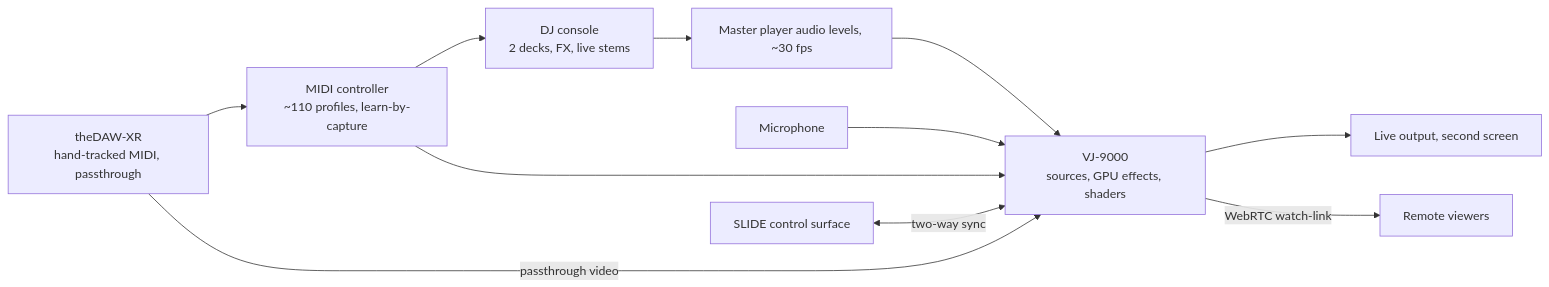
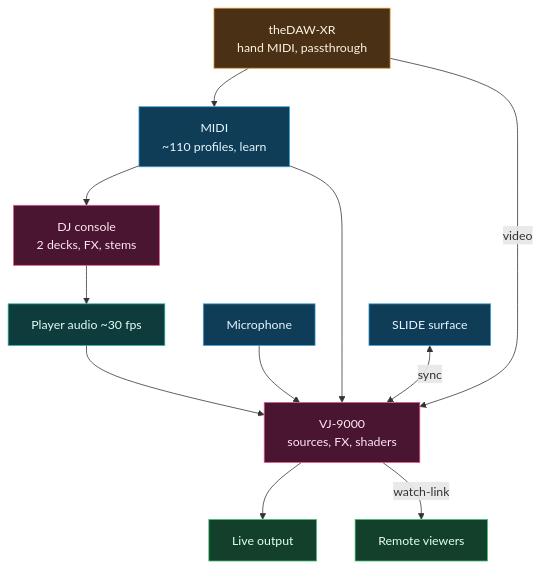
The third of 3 diagrams in README.md (danieljtrujillo/theDAW), drawn with Mermaid before and after one commit. The commit also changed other lines of this file and 18 other files, not shown here.

Commit message:
docs: TD colored charts, master dataflow page + wiki nav, single-word section names, resolve readme/docs audit (25 gaps)

````diff
--- a/README.md
+++ b/README.md
@@ -122,13 +129,23 @@
 ```mermaid
-flowchart LR
-  DJ["DJ console<br/>2 decks, FX, live stems"] --> AUD
-  AUD["Master player audio levels, ~30 fps"] --> VJ
-  MIC["Microphone"] --> VJ
-  MIDI["MIDI controller<br/>~110 profiles, learn-by-capture"] --> VJ
+flowchart TD
+  DJ["DJ console<br/>2 decks, FX, stems"]:::live
+  MIC["Microphone"]:::in
+  MIDI["MIDI<br/>~110 profiles, learn"]:::in
+  SLIDE["SLIDE surface"]:::in
+  XR["theDAW-XR<br/>hand MIDI, passthrough"]:::side
+  DJ --> AUD["Player audio ~30 fps"]:::proc
+  AUD --> VJ
+  MIC --> VJ
+  MIDI --> VJ
   MIDI --> DJ
-  SLIDE["SLIDE control surface"] <-->|two-way sync| VJ
-  XR["theDAW-XR<br/>hand-tracked MIDI, passthrough"] --> MIDI
-  XR -->|passthrough video| VJ
-  VJ["VJ-9000<br/>sources, GPU effects, shaders"] --> OUT["Live output, second screen"]
-  VJ -->|WebRTC watch-link| WEB["Remote viewers"]
+  SLIDE <-->|sync| VJ
+  XR --> MIDI
+  XR -->|video| VJ
+  VJ["VJ-9000<br/>sources, FX, shaders"]:::live --> OUT["Live output"]:::out
+  VJ -->|watch-link| WEB["Remote viewers"]:::out
+  classDef in fill:#0f3d57,stroke:#3aa0db,color:#eaf6ff;
+  classDef proc fill:#0e3b3b,stroke:#2bb3a3,color:#e6fffb;
+  classDef live fill:#4a1530,stroke:#e85a8a,color:#ffe9f1;
+  classDef out fill:#13402a,stroke:#46c47a,color:#e7ffee;
+  classDef side fill:#4a3115,stroke:#e09a3a,color:#fff4e3;
 ```
````
